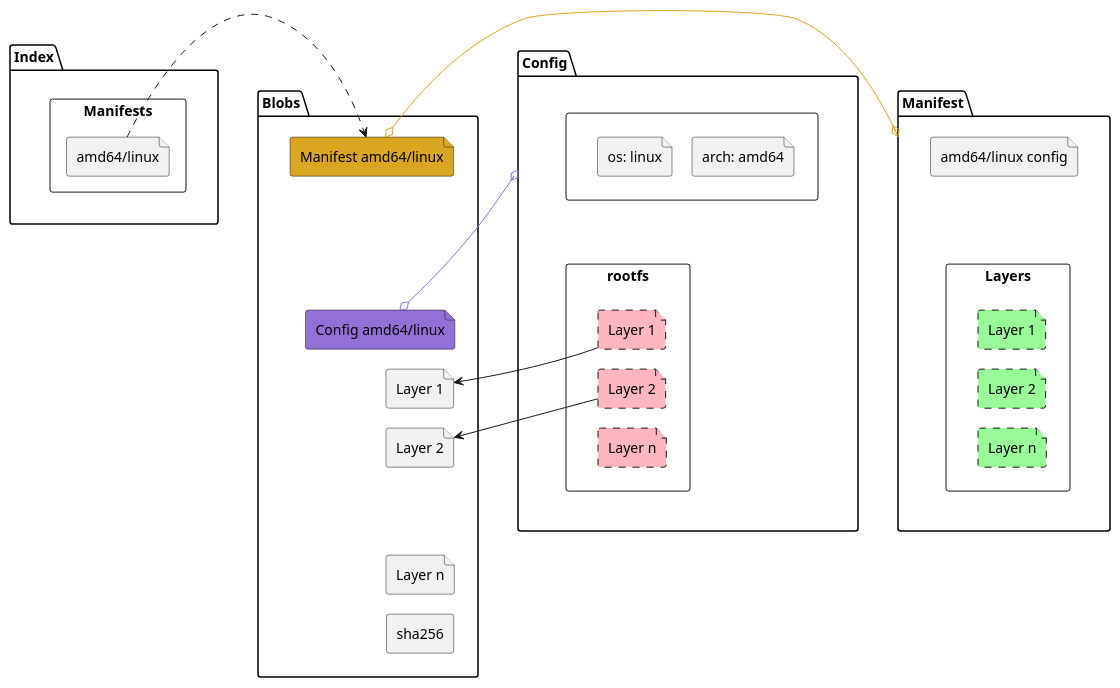
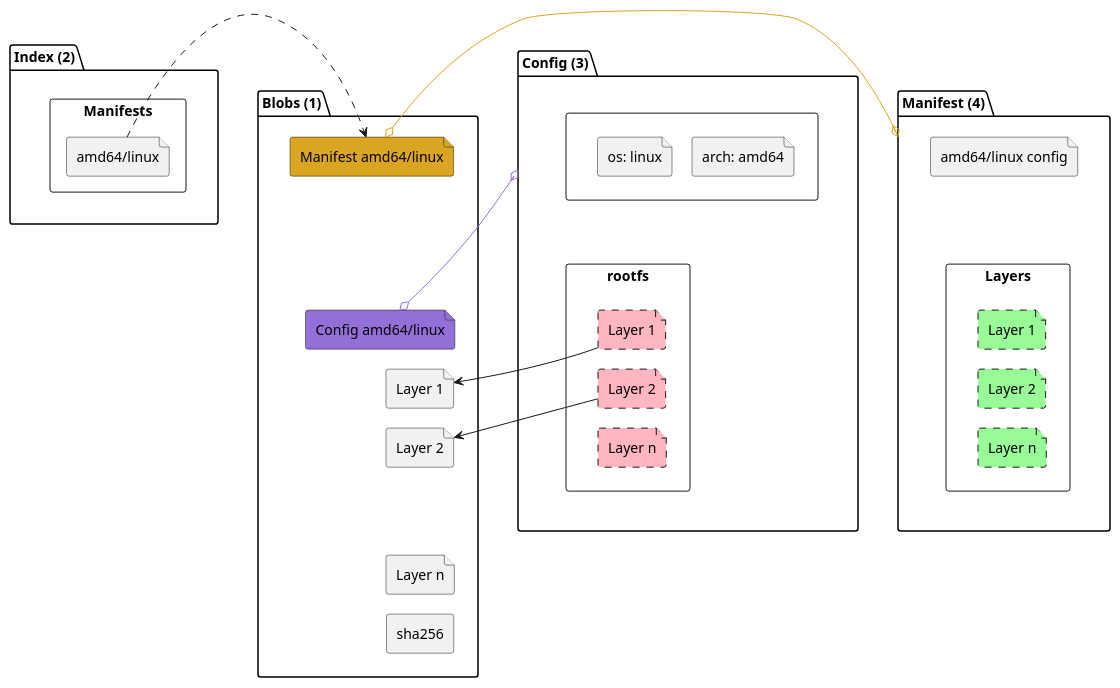
The diagram in _drafts/exploring-oci-registries.adoc (unexist/blog), drawn with PlantUML before and after one commit. The commit also changed other lines of this file, not shown here.

```diff
--- a/_drafts/exploring-oci-registries.adoc
+++ b/_drafts/exploring-oci-registries.adoc
@@ -48,77 +68,77 @@
 [plantuml]
 ----
 '"!theme unexist from {{ site.asciidoctor_attributes.plantumldir }}
 
 'skinparam linetype ortho
 skinparam nodesep 20
 skinparam ranksep 20
 
-package "Index" as index {
+package "Index (2)" as index {
     rectangle "Manifests" {
         file "amd64/linux" as index_amd
     }
 }
 
-package "Blobs" as blobs {
+package "Blobs (1)" as blobs {
     file "Manifest amd64/linux" as blobs_manifest_amd64 #goldenrod
     file "Config amd64/linux" as blobs_config_amd64 #mediumpurple
     file "Layer 1" as blobs_l1
     file "Layer 2" as blobs_l2
     file "Layer n" as blobs_ln
 
     rectangle "sha256" as sha
 }
 
-package "Manifest" as manifests {
+package "Manifest (4)" as manifests {
     file "amd64/linux config" as manifests_config
 
     rectangle "Layers" as manifests_layers {
         file "Layer 1" as manifests_l1 #palegreen;line.dashed
         file "Layer 2" as manifests_l2 #palegreen;line.dashed
         file "Layer n" as manifests_ln #palegreen;line.dashed
     }
 }
 
-package "Config" as configs {
+package "Config (3)" as configs {
     rectangle "<U+0000>" as configs_attrs {
         file "arch: amd64"
         file "os: linux"
     }
 
     rectangle "rootfs" as configs_rootfs {
         file "Layer 1" as configs_l1 #lightpink;line.dashed
         file "Layer 2" as configs_l2 #lightpink;line.dashed
         file "Layer n" as configs_ln #lightpink;line.dashed
     }
 }
 
 ' Arrows
 index_amd .r.> blobs_manifest_amd64
 manifests o-l-o blobs_manifest_amd64 #goldenrod
 configs o-r-o blobs_config_amd64 #mediumpurple
 configs_l1 -r-> blobs_l1
 configs_l2 -r-> blobs_l2
 
 ' Global placement
 index -[hidden]r-> blobs
 index -[hidden]l-> configs
 blobs -[hidden]r-> manifests
 configs -[hidden]r-> blobs
 
 ' Blobs
 blobs_manifest_amd64 -[hidden]d-> blobs_config_amd64
 blobs_config_amd64 -[hidden]d-> blobs_l1
 blobs_l1 -[hidden]d-> blobs_l2
 blobs_l2 -[hidden]d-> blobs_ln
 blobs_ln -[hidden]d-> sha
 
 ' Manifests
 manifests_config -[hidden]d-> manifests_layers
 manifests_l1 -[hidden]d-> manifests_l2
 manifests_l2 -[hidden]d-> manifests_ln
 
 ' Configs
 configs_attrs -[hidden]d-> configs_rootfs
 configs_l1 -[hidden]d-> configs_l2
 configs_l2 -[hidden]d-> configs_ln
 ----
```
